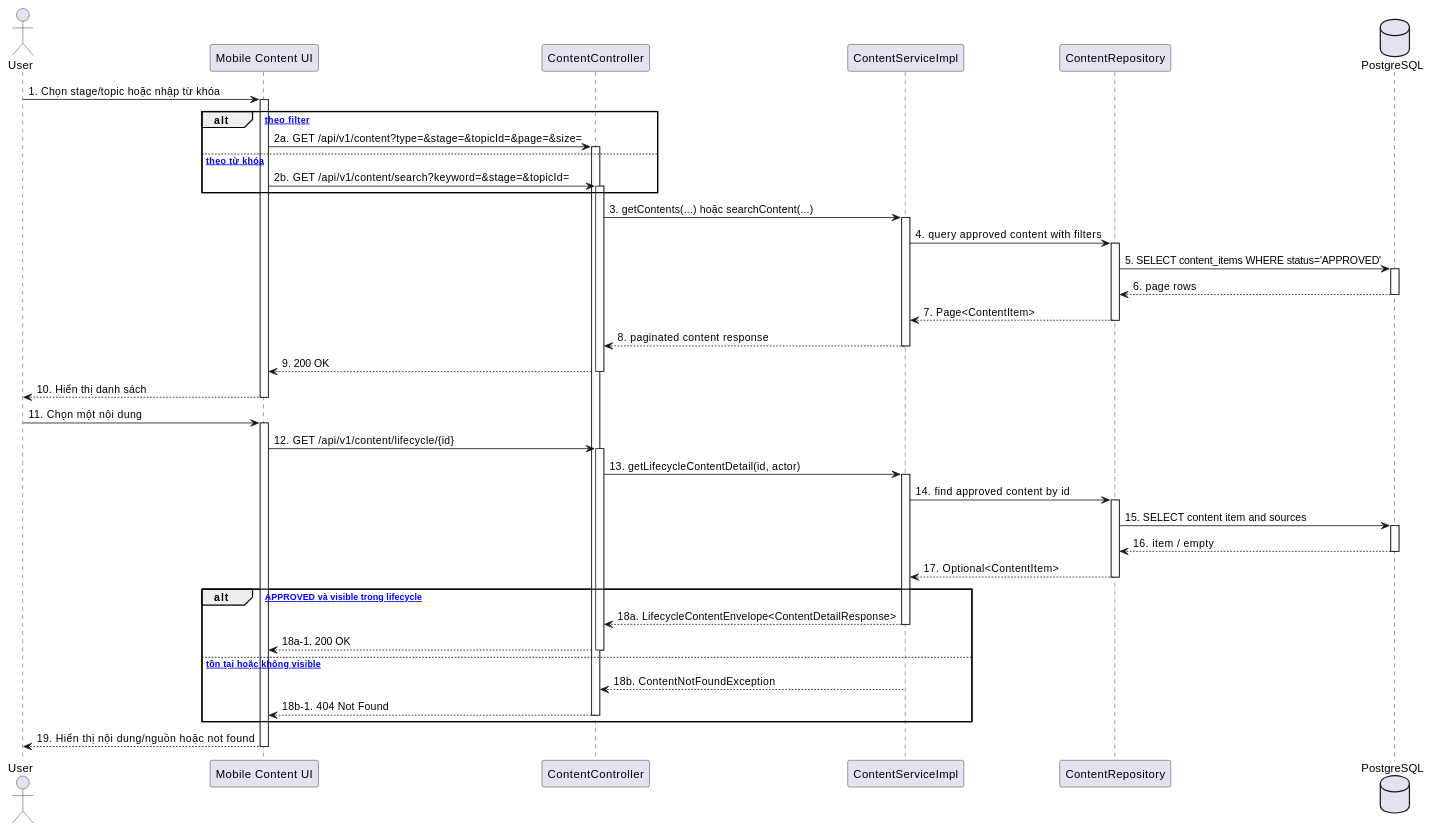
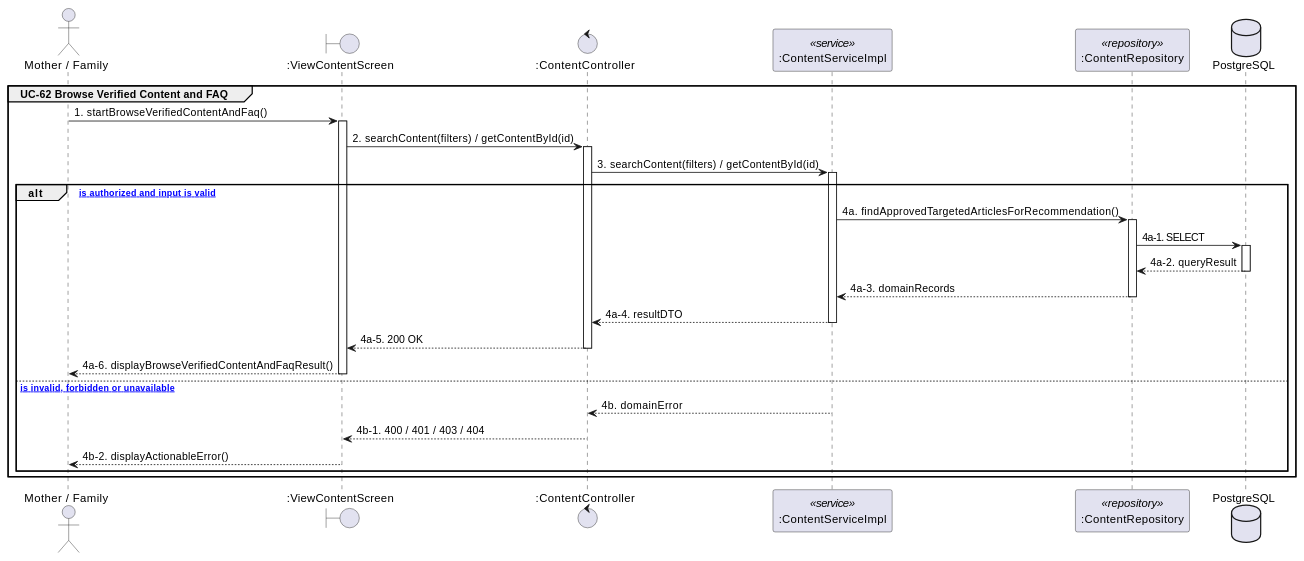
One commit to ChuongBDHE172784/CareBridge_SEP490_G79 changed the second of 2 diagrams in docs/Detailed_Design/MF09_Verified_Content_Checklist_Hub/01_Content_Browse_Consumption.md. Above: the diagram before and after it, drawn with PlantUML. The commit also changed other lines of this file and 111 other files, not shown here.

````diff
--- a/docs/Detailed_Design/MF09_Verified_Content_Checklist_Hub/01_Content_Browse_Consumption.md
+++ b/docs/Detailed_Design/MF09_Verified_Content_Checklist_Hub/01_Content_Browse_Consumption.md
@@ -45,64 +79,45 @@
 ```plantuml
-@startuml MF09_01_ContentBrowse_SequenceDiagram
-actor "User" as U
-participant "Mobile Content UI" as UI
-participant "ContentController" as Controller
-participant "ContentServiceImpl" as Service
-participant "ContentRepository" as Repo
+@startuml MF09_01_VerifiedContentandFAQConsumption_SequenceDiagram
+skinparam shadowing false
+
+actor "Mother / Family" as Actor
+boundary ":ViewContentScreen" as UI1
+control ":ContentController" as Controller1
+participant ":ContentServiceImpl" as Service1 <<service>>
+participant ":ContentRepository" as Repository1 <<repository>>
 database "PostgreSQL" as DB
 
-U -> UI : 1. Chọn stage/topic hoặc nhập từ khóa
-activate UI
-alt [browse theo filter]
-  UI -> Controller : 2a. GET /api/v1/content?type=&stage=&topicId=&page=&size=
-  activate Controller
-else [search theo từ khóa]
-  UI -> Controller : 2b. GET /api/v1/content/search?keyword=&stage=&topicId=
-  activate Controller
+group UC-62 Browse Verified Content and FAQ
+  Actor -> UI1 : 1. startBrowseVerifiedContentAndFaq()
+  activate UI1
+  UI1 -> Controller1 : 2. searchContent(filters) / getContentById(id)
+  activate Controller1
+  Controller1 -> Service1 : 3. searchContent(filters) / getContentById(id)
+  activate Service1
+  alt [request is authorized and input is valid]
+    Service1 -> Repository1 : 4a. findApprovedTargetedArticlesForRecommendation()
+    activate Repository1
+    Repository1 -> DB : 4a-1. SELECT
+    activate DB
+    DB --> Repository1 : 4a-2. queryResult
+    deactivate DB
+    Repository1 --> Service1 : 4a-3. domainRecords
+    deactivate Repository1
+    Service1 --> Controller1 : 4a-4. resultDTO
+    deactivate Service1
+    Controller1 --> UI1 : 4a-5. 200 OK
+    deactivate Controller1
+    UI1 --> Actor : 4a-6. displayBrowseVerifiedContentAndFaqResult()
+    deactivate UI1
+  else [request is invalid, forbidden or unavailable]
+    Service1 --> Controller1 : 4b. domainError
+    deactivate Service1
+    Controller1 --> UI1 : 4b-1. 400 / 401 / 403 / 404
+    deactivate Controller1
+    UI1 --> Actor : 4b-2. displayActionableError()
+    deactivate UI1
+  end
 end
-Controller -> Service : 3. getContents(...) hoặc searchContent(...)
-activate Service
-Service -> Repo : 4. query approved content with filters
-activate Repo
-Repo -> DB : 5. SELECT content_items WHERE status='APPROVED'
-activate DB
-DB --> Repo : 6. page rows
-deactivate DB
-Repo --> Service : 7. Page<ContentItem>
-deactivate Repo
-Service --> Controller : 8. paginated content response
-deactivate Service
-Controller --> UI : 9. 200 OK
-deactivate Controller
-UI --> U : 10. Hiển thị danh sách
-deactivate UI
 
-U -> UI : 11. Chọn một nội dung
-activate UI
-UI -> Controller : 12. GET /api/v1/content/lifecycle/{id}
-activate Controller
-Controller -> Service : 13. getLifecycleContentDetail(id, actor)
-activate Service
-Service -> Repo : 14. find approved content by id
-activate Repo
-Repo -> DB : 15. SELECT content item and sources
-activate DB
-DB --> Repo : 16. item / empty
-deactivate DB
-Repo --> Service : 17. Optional<ContentItem>
-deactivate Repo
-alt [item APPROVED và visible trong lifecycle]
-  Service --> Controller : 18a. LifecycleContentEnvelope<ContentDetailResponse>
-  deactivate Service
-  Controller --> UI : 18a-1. 200 OK
-  deactivate Controller
-else [không tồn tại hoặc không visible]
-  Service --> Controller : 18b. ContentNotFoundException
-  deactivate Service
-  Controller --> UI : 18b-1. 404 Not Found
-  deactivate Controller
-end
-UI --> U : 19. Hiển thị nội dung/nguồn hoặc not found
-deactivate UI
 @enduml
 ```
````
